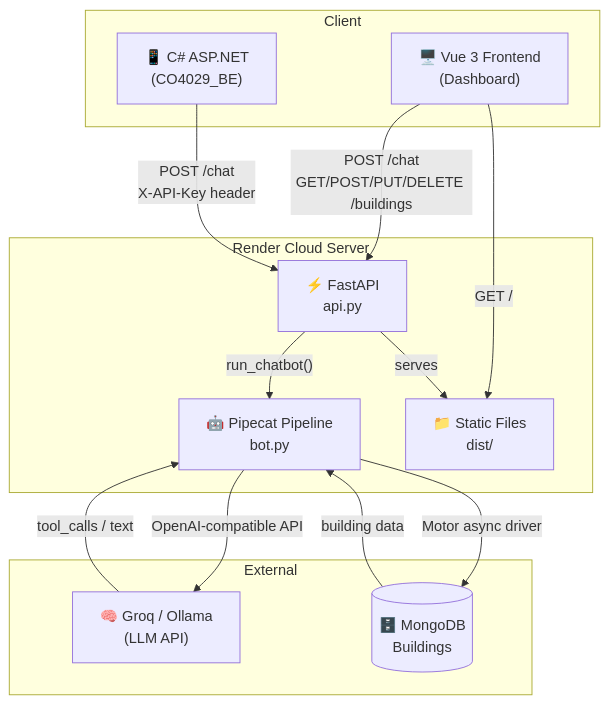
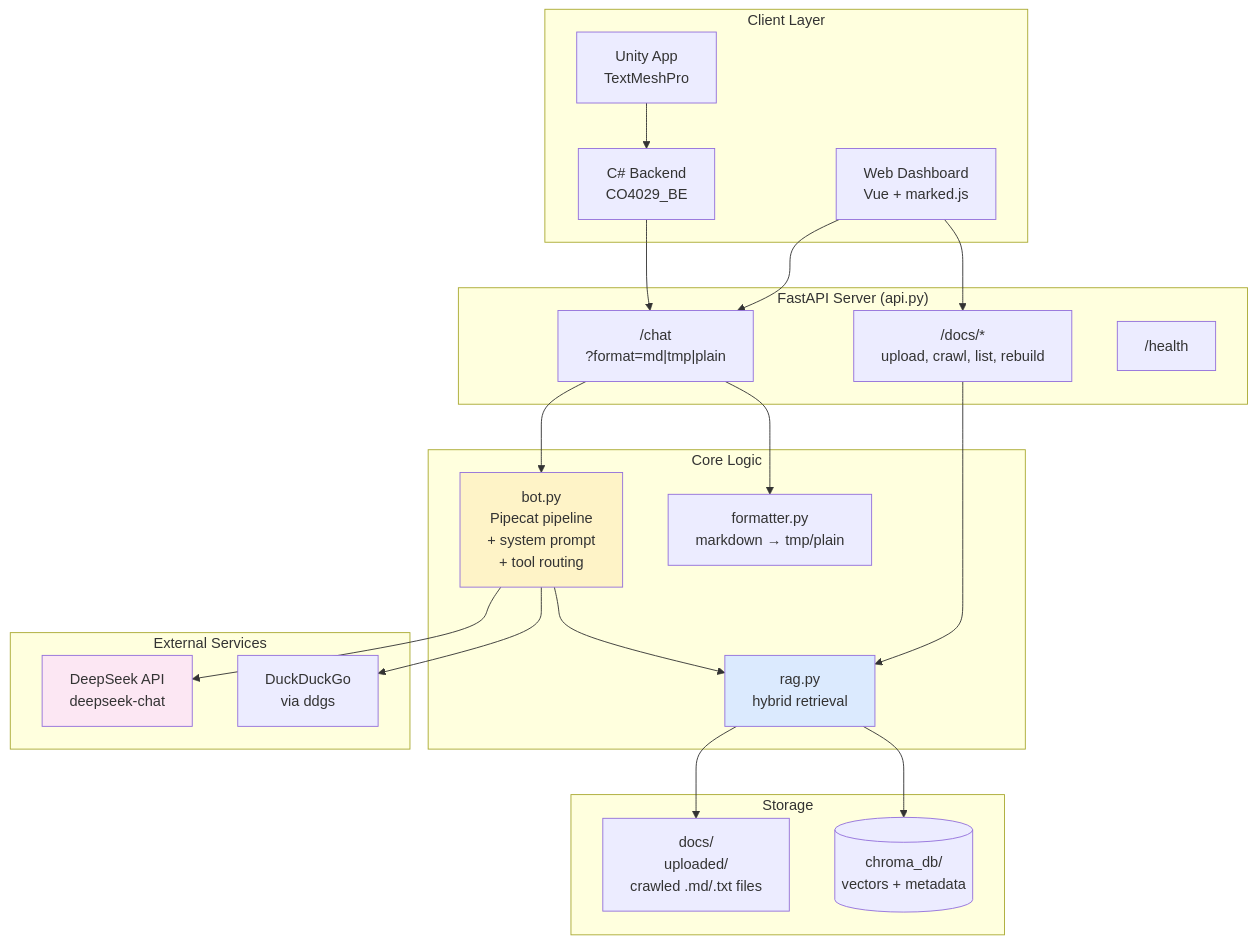
One commit to EricDuong5423/AIChatBot changed the first of 8 diagrams in ARCHITECTURE.md. Above: the diagram before and after it, drawn with Mermaid. The commit also changed other lines of this file and 37 other files, not shown here.

Commit message:
RAG + vector database + searching on internet + change model to Deepseek

````diff
--- a/ARCHITECTURE.md
+++ b/ARCHITECTURE.md
@@ -20,30 +42,49 @@
 ```mermaid
 graph TB
-    subgraph Client
-        FE["🖥️ Vue 3 Frontend<br/>(Dashboard)"]
-        CS["📱 C# ASP.NET<br/>(CO4029_BE)"]
+    subgraph Client["Client Layer"]
+        WEB[Web Dashboard<br/>Vue + marked.js]
+        UNITY[Unity App<br/>TextMeshPro]
+        CSHARP[C# Backend<br/>CO4029_BE]
     end
 
-    subgraph Server["Render Cloud Server"]
-        API["⚡ FastAPI<br/>api.py"]
-        BOT["🤖 Pipecat Pipeline<br/>bot.py"]
-        STATIC["📁 Static Files<br/>dist/"]
+    subgraph API["FastAPI Server (api.py)"]
+        CHAT["/chat<br/>?format=md|tmp|plain"]
+        DOCS["/docs/*<br/>upload, crawl, list, rebuild"]
+        HEALTH["/health"]
     end
 
-    subgraph External
-        LLM["🧠 Groq / Ollama<br/>(LLM API)"]
-        DB[("🗄️ MongoDB<br/>Buildings")]
+    subgraph Core["Core Logic"]
+        BOT[bot.py<br/>Pipecat pipeline<br/>+ system prompt<br/>+ tool routing]
+        FMT[formatter.py<br/>markdown → tmp/plain]
+        RAG[rag.py<br/>hybrid retrieval]
     end
 
-    FE -- "POST /chat<br/>GET/POST/PUT/DELETE /buildings" --> API
-    CS -- "POST /chat<br/>X-API-Key header" --> API
-    FE -- "GET /" --> STATIC
+    subgraph External["External Services"]
+        DEEPSEEK[DeepSeek API<br/>deepseek-chat]
+        DDG[DuckDuckGo<br/>via ddgs]
+    end
 
-    API -- "run_chatbot()" --> BOT
-    BOT -- "OpenAI-compatible API" --> LLM
-    BOT -- "Motor async driver" --> DB
-    LLM -- "tool_calls / text" --> BOT
-    DB -- "building data" --> BOT
+    subgraph Storage["Storage"]
+        DOCSDIR[docs/<br/>uploaded/<br/>crawled .md/.txt files]
+        CHROMA[(chroma_db/<br/>vectors + metadata)]
+    end
 
-    API -- "serves" --> STATIC
+    WEB --> CHAT
+    UNITY --> CSHARP
+    CSHARP --> CHAT
+    WEB --> DOCS
+
+    CHAT --> BOT
+    CHAT --> FMT
+    DOCS --> RAG
+    BOT --> RAG
+    BOT --> DEEPSEEK
+    BOT --> DDG
+
+    RAG --> DOCSDIR
+    RAG --> CHROMA
+
+    style BOT fill:#fef3c7
+    style RAG fill:#dbeafe
+    style DEEPSEEK fill:#fce7f3
 ```
````
